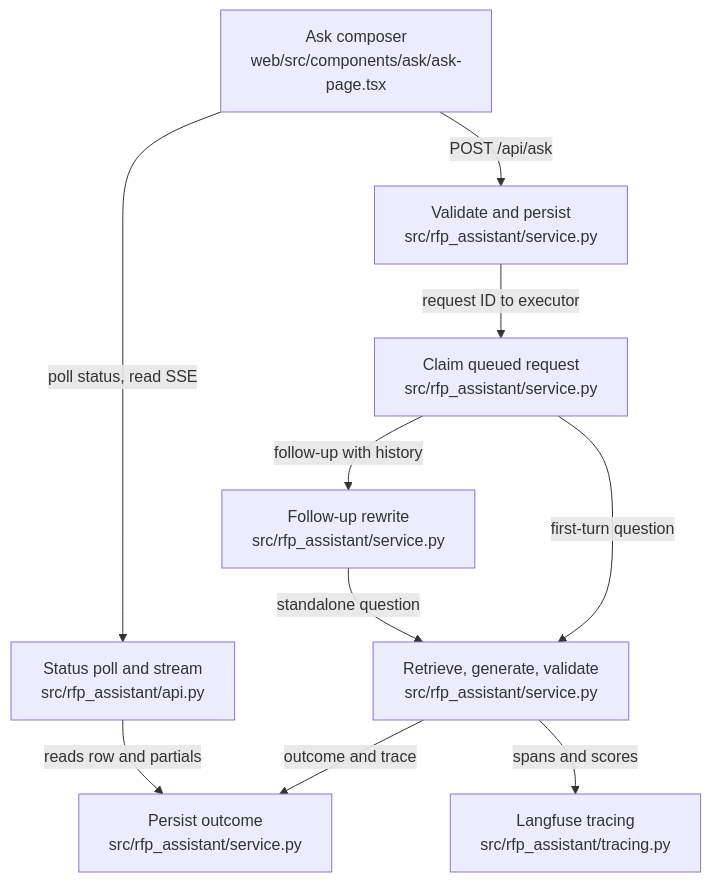
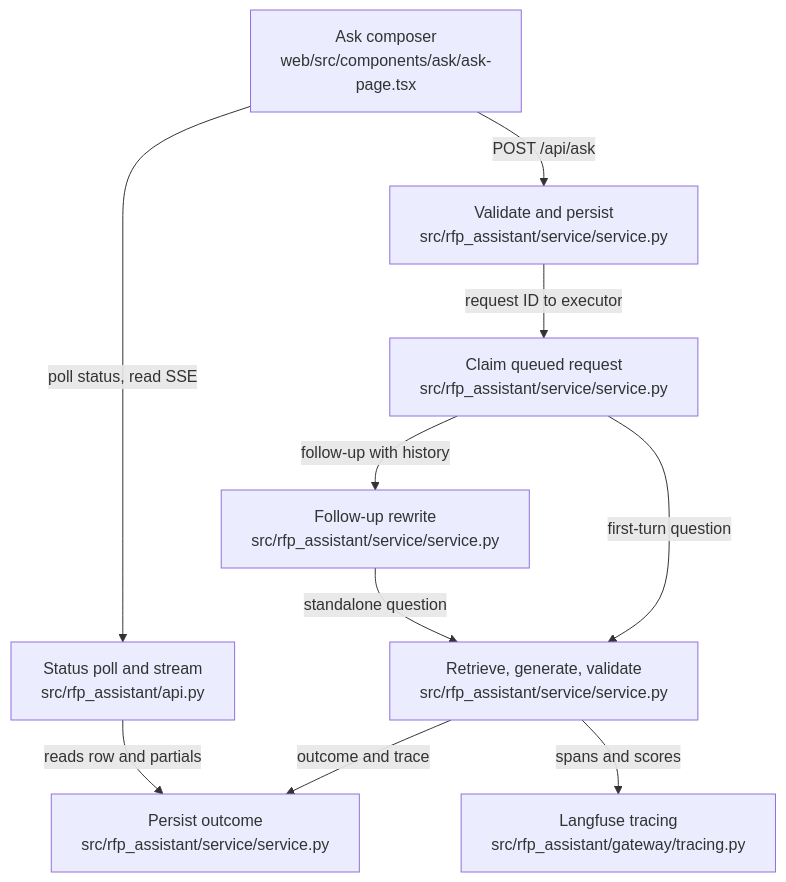
The diagram in .omm/request-lifecycle/diagram.mmd (littleeeeebit/project-codeit-mid), drawn with Mermaid before and after one commit. The commit also changed 13 other files, not shown here.

Commit message:
Name the layer package paths in docs and diagrams

```diff
--- a/.omm/request-lifecycle/diagram.mmd
+++ b/.omm/request-lifecycle/diagram.mmd
@@ -1,10 +1,10 @@
 graph TD
-  ask-composer["Ask composer\nweb/src/components/ask/ask-page.tsx"] -->|"POST /api/ask"| submit-answer["Validate and persist\nsrc/rfp_assistant/service.py"]
-  submit-answer -->|"request ID to executor"| run-queued["Claim queued request\nsrc/rfp_assistant/service.py"]
-  run-queued -->|"follow-up with history"| conversation-rewrite["Follow-up rewrite\nsrc/rfp_assistant/service.py"]
-  run-queued -->|"first-turn question"| paid-answer["Retrieve, generate, validate\nsrc/rfp_assistant/service.py"]
+  ask-composer["Ask composer\nweb/src/components/ask/ask-page.tsx"] -->|"POST /api/ask"| submit-answer["Validate and persist\nsrc/rfp_assistant/service/service.py"]
+  submit-answer -->|"request ID to executor"| run-queued["Claim queued request\nsrc/rfp_assistant/service/service.py"]
+  run-queued -->|"follow-up with history"| conversation-rewrite["Follow-up rewrite\nsrc/rfp_assistant/service/service.py"]
+  run-queued -->|"first-turn question"| paid-answer["Retrieve, generate, validate\nsrc/rfp_assistant/service/service.py"]
   conversation-rewrite -->|"standalone question"| paid-answer
-  paid-answer -->|"outcome and trace"| finish-request["Persist outcome\nsrc/rfp_assistant/service.py"]
+  paid-answer -->|"outcome and trace"| finish-request["Persist outcome\nsrc/rfp_assistant/service/service.py"]
   ask-composer -->|"poll status, read SSE"| stream-and-poll["Status poll and stream\nsrc/rfp_assistant/api.py"]
   stream-and-poll -->|"reads row and partials"| finish-request
-  paid-answer -->|"spans and scores"| langfuse-tracing["Langfuse tracing\nsrc/rfp_assistant/tracing.py"]
+  paid-answer -->|"spans and scores"| langfuse-tracing["Langfuse tracing\nsrc/rfp_assistant/gateway/tracing.py"]
```
